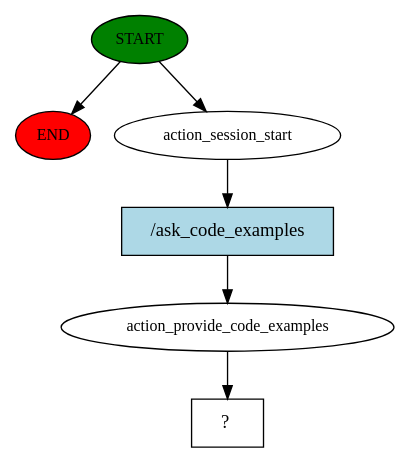
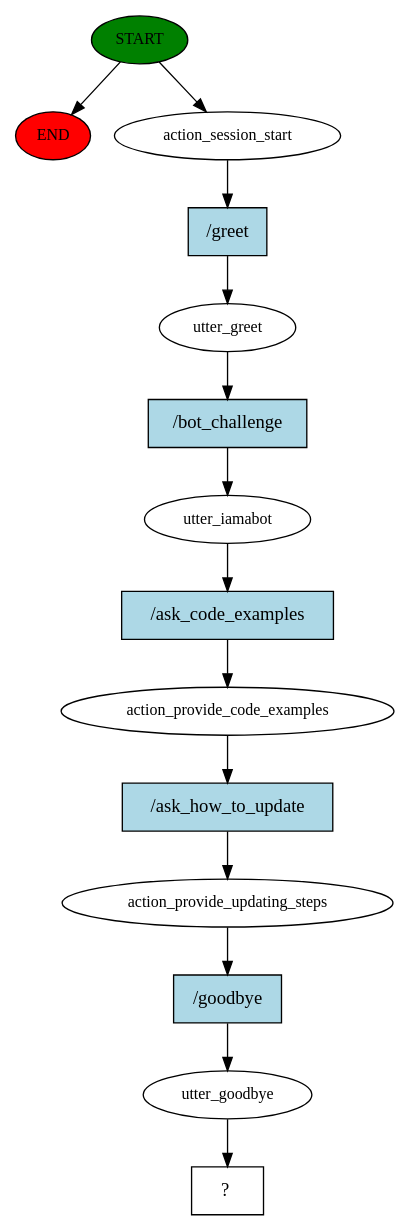
The diagram in story_graph.dot (RiteshYennuwar/ChatBot-Python_Sensei), drawn with Graphviz before and after one commit. The commit also changed 95 other files, not shown here.

Commit message:
ActionProvideUpdatingSteps is working

```diff
--- a/story_graph.dot
+++ b/story_graph.dot
@@ -1,13 +1,29 @@
 digraph  {
 0 [class="start active", fillcolor=green, fontsize=12, label=START, style=filled];
 "-1" [class=end, fillcolor=red, fontsize=12, label=END, style=filled];
 1 [class=active, fontsize=12, label=action_session_start];
-2 [class=active, fontsize=12, label=action_provide_code_examples];
-3 [class="intent dashed active", label="  ?  ", shape=rect];
-4 [class="intent active", fillcolor=lightblue, label="/ask_code_examples", shape=rect, style=filled];
+2 [class=active, fontsize=12, label=utter_greet];
+3 [class=active, fontsize=12, label=utter_iamabot];
+4 [class=active, fontsize=12, label=action_provide_code_examples];
+5 [class=active, fontsize=12, label=action_provide_updating_steps];
+6 [class=active, fontsize=12, label=utter_goodbye];
+7 [class="intent dashed active", label="  ?  ", shape=rect];
+8 [class="intent active", fillcolor=lightblue, label="/greet", shape=rect, style=filled];
+9 [class="intent active", fillcolor=lightblue, label="/bot_challenge", shape=rect, style=filled];
+10 [class="intent active", fillcolor=lightblue, label="/ask_code_examples", shape=rect, style=filled];
+11 [class="intent active", fillcolor=lightblue, label="/ask_how_to_update", shape=rect, style=filled];
+12 [class="intent active", fillcolor=lightblue, label="/goodbye", shape=rect, style=filled];
 0 -> "-1"  [class="", key=NONE, label=""];
 0 -> 1  [class=active, key=NONE, label=""];
-1 -> 4  [class=active, key=0];
-2 -> 3  [class=active, key=NONE, label=""];
-4 -> 2  [class=active, key=0];
+1 -> 8  [class=active, key=0];
+2 -> 9  [class=active, key=0];
+3 -> 10  [class=active, key=0];
+4 -> 11  [class=active, key=0];
+5 -> 12  [class=active, key=0];
+6 -> 7  [class=active, key=NONE, label=""];
+8 -> 2  [class=active, key=0];
+9 -> 3  [class=active, key=0];
+10 -> 4  [class=active, key=0];
+11 -> 5  [class=active, key=0];
+12 -> 6  [class=active, key=0];
 }
```
